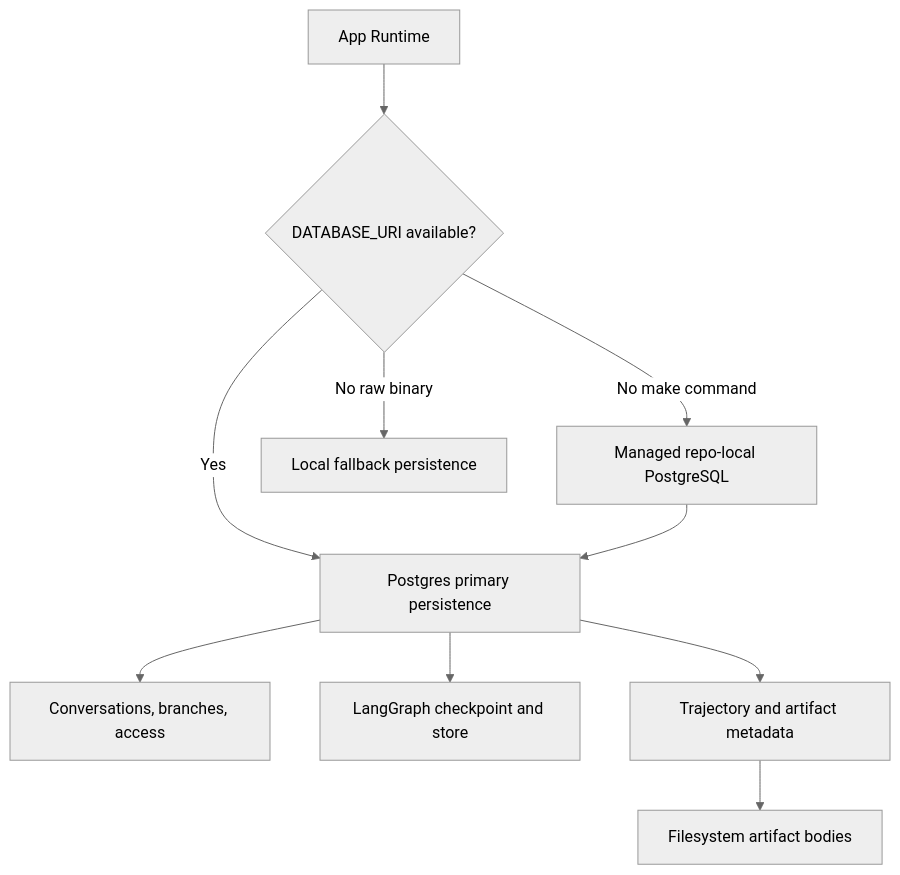
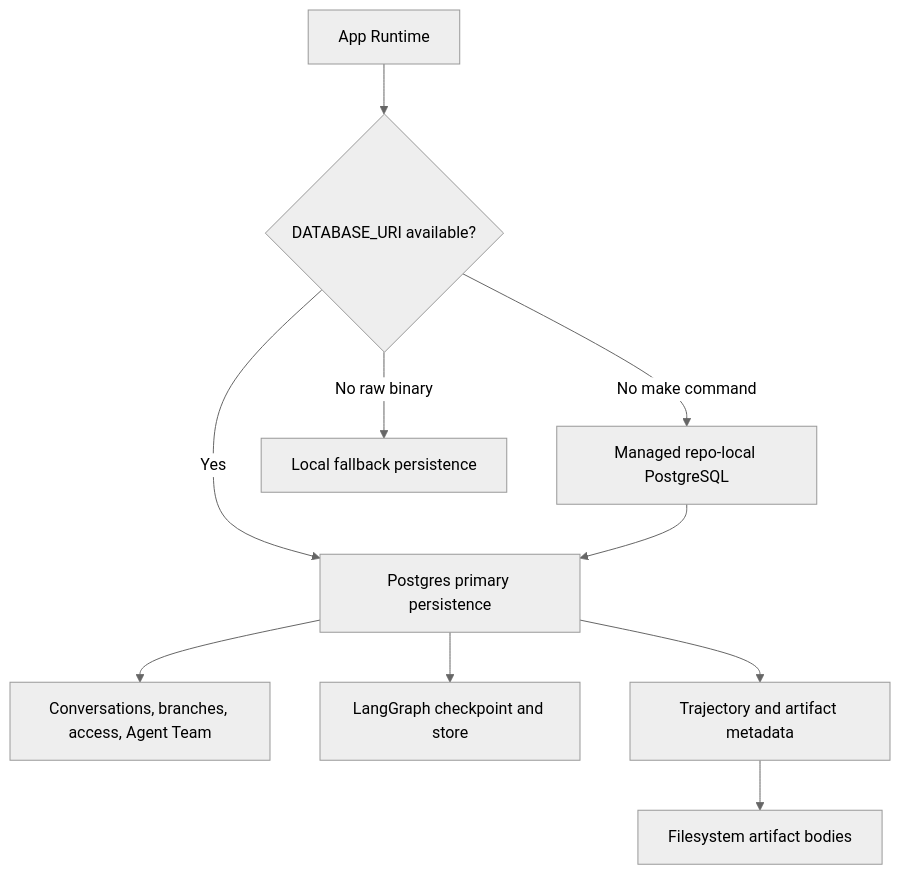
One commit to William-zgx/focus-agent changed the third of 4 diagrams in docs/architecture.md. Above: the diagram before and after it, drawn with Mermaid (neutral theme). The commit also changed other lines of this file and 12 other files, not shown here.

Commit message:
feat(agent-team): persist sessions in postgres

````diff
--- a/docs/architecture.md
+++ b/docs/architecture.md
@@ -296,12 +296,12 @@
 ```mermaid
 flowchart TD
     Runtime["App Runtime"] --> Decision{"DATABASE_URI available?"}
     Decision -- "Yes" --> PG["Postgres primary persistence"]
     Decision -- "No make command" --> Managed["Managed repo-local PostgreSQL"]
     Decision -- "No raw binary" --> Fallback["Local fallback persistence"]
     Managed --> PG
-    PG --> AppState["Conversations, branches, access"]
+    PG --> AppState["Conversations, branches, access, Agent Team"]
     PG --> GraphStore["LangGraph checkpoint and store"]
     PG --> TraceMeta["Trajectory and artifact metadata"]
     TraceMeta --> Files["Filesystem artifact bodies"]
 ```
````
